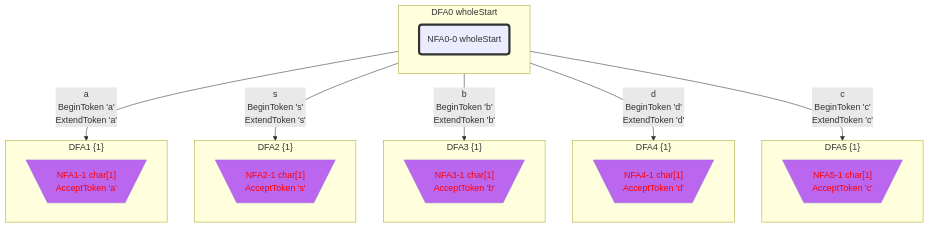
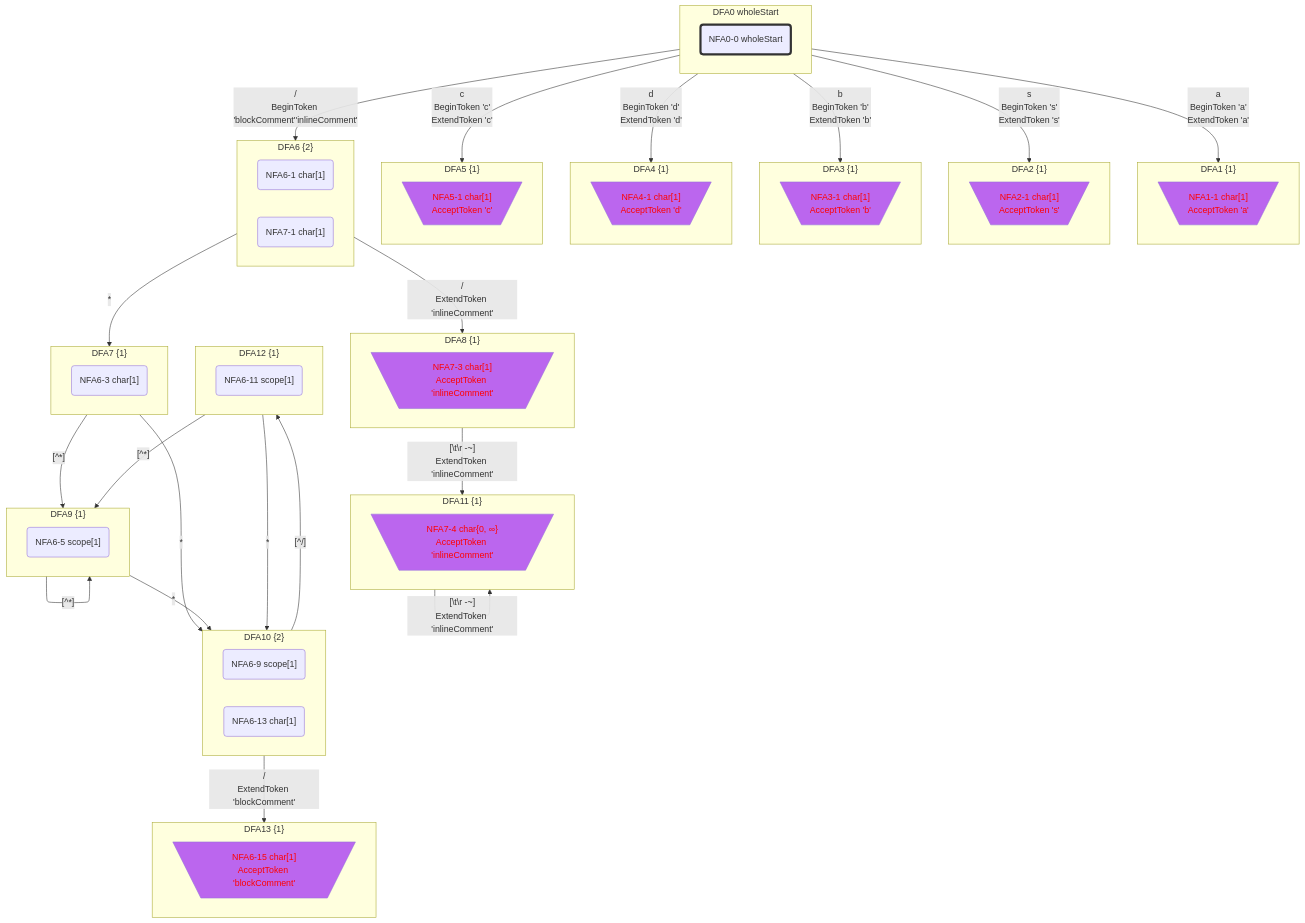
One commit to bitzhuwei/GrammarMentor changed the fourth of 7 diagrams in Practices/Practice.GeneratedXxxFormat.Test/GeneratedSAB/doc/LexicalStates.gen.md. Above: the diagram before and after it, drawn with Mermaid. The commit also changed other lines of this file and 3868 other files, not shown here.

````diff
--- a/Practices/Practice.GeneratedXxxFormat.Test/GeneratedSAB/doc/LexicalStates.gen.md
+++ b/Practices/Practice.GeneratedXxxFormat.Test/GeneratedSAB/doc/LexicalStates.gen.md
@@ -469,54 +774,107 @@
 classDef c1101 stroke:#333,stroke-width:4px,fill:#BB66EE,color:#FF0000;
 classDef c1110 stroke:#333,stroke-width:4px,fill:#BB66EE,stroke-dasharray: 10 10;
 classDef c1111 stroke:#333,stroke-width:4px,fill:#BB66EE,stroke-dasharray: 10 10,color:#FF0000;
-subgraph DFA0_1923463421["DFA0 wholeStart"]
-NFA0_0_33119207_0("NFA0-0 wholeStart")
-class NFA0_0_33119207_0 c1000;
+subgraph DFA0_-2011742570["DFA0 wholeStart"]
+NFA0_0_42689762_0("NFA0-0 wholeStart")
+class NFA0_0_42689762_0 c1000;
 end
-class DFA0_1923463421 c1000;
-subgraph DFA1_-694928352["DFA1 {1}"]
-NFA1_1_11136452_1[\"NFA1-1 char[1]
+class DFA0_-2011742570 c1000;
+subgraph DFA1_965118415["DFA1 {1}"]
+NFA1_1_64395630_1[\"NFA1-1 char[1]
 AcceptToken 'a'"/]
-class NFA1_1_11136452_1 c0101;
+class NFA1_1_64395630_1 c0101;
 end
-class DFA1_-694928352 c0101;
-subgraph DFA2_1430363654["DFA2 {1}"]
-NFA2_1_29637409_2[\"NFA2-1 char[1]
+class DFA1_965118415 c0101;
+subgraph DFA2_-1841752797["DFA2 {1}"]
+NFA2_1_48663540_2[\"NFA2-1 char[1]
 AcceptToken 's'"/]
-class NFA2_1_29637409_2 c0101;
+class NFA2_1_48663540_2 c0101;
 end
-class DFA2_1430363654 c0101;
-subgraph DFA3_-1559980011["DFA3 {1}"]
-NFA3_1_65410091_3[\"NFA3-1 char[1]
+class DFA2_-1841752797 c0101;
+subgraph DFA3_1913146111["DFA3 {1}"]
+NFA3_1_35318677_3[\"NFA3-1 char[1]
 AcceptToken 'b'"/]
-class NFA3_1_65410091_3 c0101;
+class NFA3_1_35318677_3 c0101;
 end
-class DFA3_-1559980011 c0101;
-subgraph DFA4_1206467762["DFA4 {1}"]
-NFA4_1_51819910_4[\"NFA4-1 char[1]
+class DFA3_1913146111 c0101;
+subgraph DFA4_1623093623["DFA4 {1}"]
+NFA4_1_49432638_4[\"NFA4-1 char[1]
 AcceptToken 'd'"/]
-class NFA4_1_51819910_4 c0101;
+class NFA4_1_49432638_4 c0101;
 end
-class DFA4_1206467762 c0101;
-subgraph DFA5_-1793880414["DFA5 {1}"]
-NFA5_1_63726012_5[\"NFA5-1 char[1]
+class DFA4_1623093623 c0101;
+subgraph DFA5_1525692439["DFA5 {1}"]
+NFA5_1_42240560_5[\"NFA5-1 char[1]
 AcceptToken 'c'"/]
-class NFA5_1_63726012_5 c0101;
+class NFA5_1_42240560_5 c0101;
 end
-class DFA5_-1793880414 c0101;
-DFA0_1923463421 -->|"a
+class DFA5_1525692439 c0101;
+subgraph DFA6_1862687141["DFA6 {2}"]
+NFA6_1_44620724_6("NFA6-1 char[1]")
+NFA7_1_66042204_7("NFA7-1 char[1]")
+end
+subgraph DFA7_1742648909["DFA7 {1}"]
+NFA6_3_47818304_8("NFA6-3 char[1]")
+end
+subgraph DFA8_-988443997["DFA8 {1}"]
+NFA7_3_57508928_9[\"NFA7-3 char[1]
+AcceptToken 'inlineComment'"/]
+class NFA7_3_57508928_9 c0101;
+end
+class DFA8_-988443997 c0101;
+subgraph DFA9_-354726560["DFA9 {1}"]
+NFA6_5_48077445_10("NFA6-5 scope[1]")
+end
+subgraph DFA10_323920158["DFA10 {2}"]
+NFA6_9_27711559_11("NFA6-9 scope[1]")
+NFA6_13_30043827_12("NFA6-13 char[1]")
+end
+subgraph DFA11_-378200846["DFA11 {1}"]
+NFA7_4_1958995_13[\"NFA7-4 char{0, ∞}
+AcceptToken 'inlineComment'"/]
+class NFA7_4_1958995_13 c0101;
+end
+class DFA11_-378200846 c0101;
+subgraph DFA12_-1735644823["DFA12 {1}"]
+NFA6_11_24460881_14("NFA6-11 scope[1]")
+end
+subgraph DFA13_1233218362["DFA13 {1}"]
+NFA6_15_17630956_15[\"NFA6-15 char[1]
+AcceptToken 'blockComment'"/]
+class NFA6_15_17630956_15 c0101;
+end
+class DFA13_1233218362 c0101;
+DFA0_-2011742570 -->|"a
 BeginToken 'a'
-ExtendToken 'a'"|DFA1_-694928352
-DFA0_1923463421 -->|"s
+ExtendToken 'a'"|DFA1_965118415
+DFA0_-2011742570 -->|"s
 BeginToken 's'
-ExtendToken 's'"|DFA2_1430363654
-DFA0_1923463421 -->|"b
+ExtendToken 's'"|DFA2_-1841752797
+DFA0_-2011742570 -->|"b
 BeginToken 'b'
-ExtendToken 'b'"|DFA3_-1559980011
-DFA0_1923463421 -->|"d
+ExtendToken 'b'"|DFA3_1913146111
+DFA0_-2011742570 -->|"d
 BeginToken 'd'
-ExtendToken 'd'"|DFA4_1206467762
-DFA0_1923463421 -->|"c
+ExtendToken 'd'"|DFA4_1623093623
+DFA0_-2011742570 -->|"c
 BeginToken 'c'
-ExtendToken 'c'"|DFA5_-1793880414
+ExtendToken 'c'"|DFA5_1525692439
+DFA0_-2011742570 -->|"/
+BeginToken 'blockComment''inlineComment'"|DFA6_1862687141
+DFA6_1862687141 -->|"*"|DFA7_1742648909
+DFA6_1862687141 -->|"/
+ExtendToken 'inlineComment'"|DFA8_-988443997
+DFA7_1742648909 -->|"[^*]"|DFA9_-354726560
+DFA7_1742648909 -->|"*"|DFA10_323920158
+DFA8_-988443997 -->|"[#92;t#92;r#32;-~]
+ExtendToken 'inlineComment'"|DFA11_-378200846
+DFA9_-354726560 -->|"[^*]"|DFA9_-354726560
+DFA9_-354726560 -->|"*"|DFA10_323920158
+DFA10_323920158 -->|"[^/]"|DFA12_-1735644823
+DFA10_323920158 -->|"/
+ExtendToken 'blockComment'"|DFA13_1233218362
+DFA11_-378200846 -->|"[#92;t#92;r#32;-~]
+ExtendToken 'inlineComment'"|DFA11_-378200846
+DFA12_-1735644823 -->|"[^*]"|DFA9_-354726560
+DFA12_-1735644823 -->|"*"|DFA10_323920158
 ```
````
